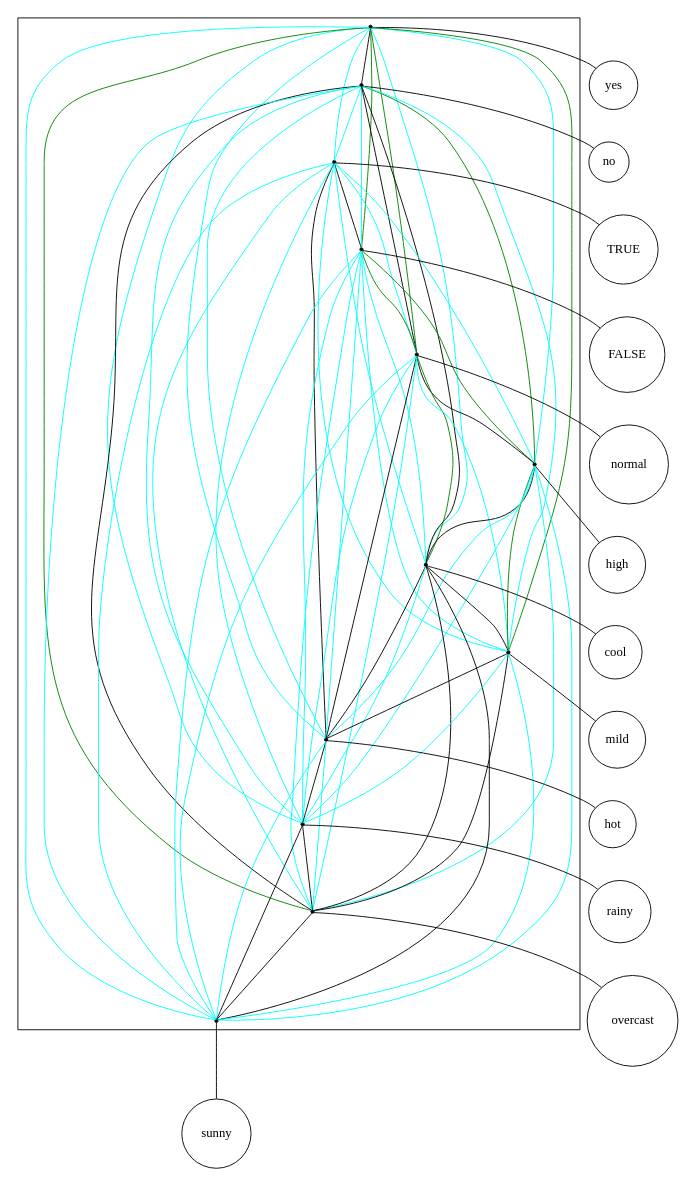
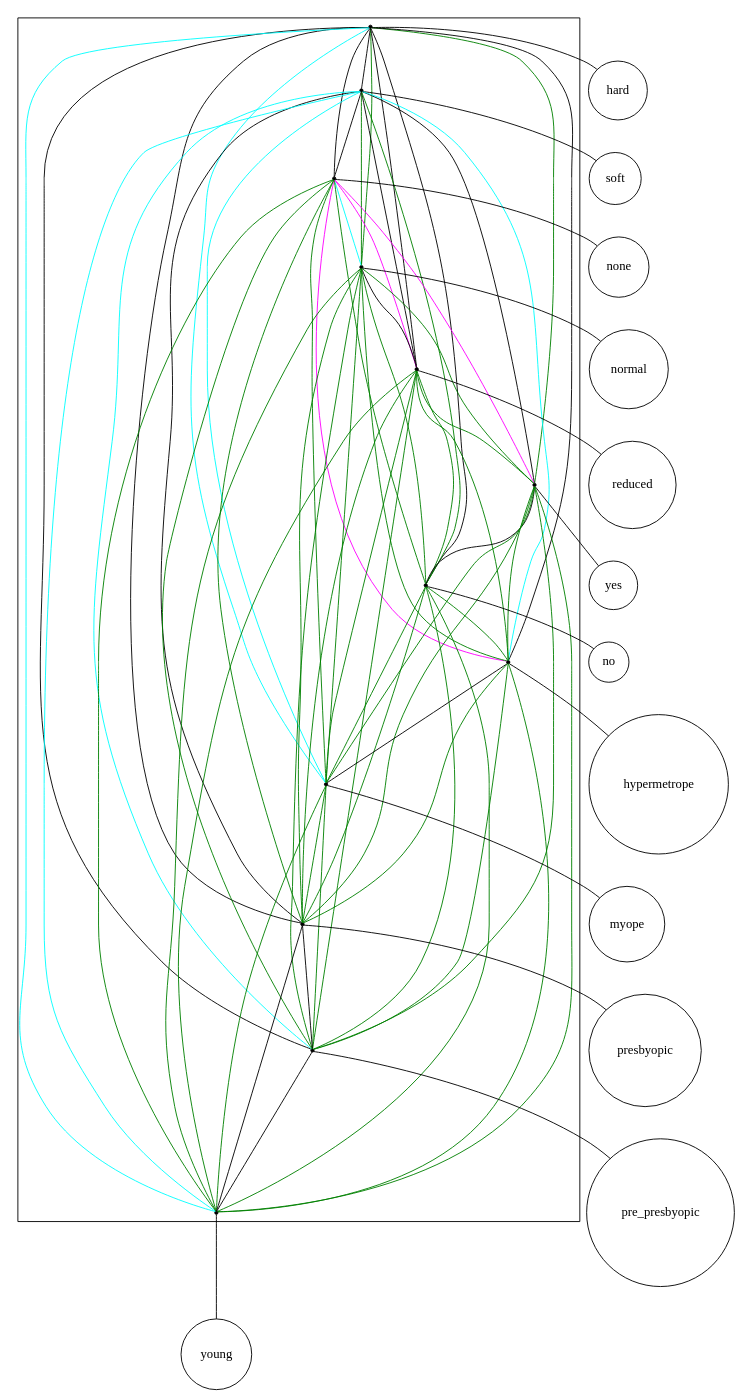
One commit to lrodrin/TFG changed the diagram in src/final/exponential_2-structure.dot. Above: the diagram before and after it, drawn with Graphviz. The commit also changed 25 other files, not shown here.

```diff
--- a/src/final/exponential_2-structure.dot
+++ b/src/final/exponential_2-structure.dot
@@ -1,101 +1,101 @@
 strict digraph "exponential_2-structure" {
 compound=true;
 fontname=Verdana;
 fontsize=12;
 newrank=true;
 node [shape=circle];
+hard;
+soft;
+none;
+normal;
+reduced;
 yes;
 no;
-TRUE;
-FALSE;
-normal;
-high;
-cool;
-mild;
-hot;
-rainy;
-overcast;
-sunny;
-subgraph cluster_rainyyeshotnormalsunnyFALSEovercasthighTRUEmildnocool {
+hypermetrope;
+myope;
+presbyopic;
+pre_presbyopic;
+young;
+subgraph cluster_presbyopicsoftnormalhardnonehypermetropereducedpre_presbyopicyoungyesnomyope {
 node [shape=point];
+s_hard -> s_soft  [color=black, arrowhead=none];
+s_hard -> s_none  [color=black, arrowhead=none];
+s_hard -> s_normal  [color=green, arrowhead=none];
+s_hard -> s_reduced  [color=black, arrowhead=none];
+s_hard -> s_yes  [color=green, arrowhead=none];
+s_hard -> s_no  [color=black, arrowhead=none];
+s_hard -> s_hypermetrope  [color=black, arrowhead=none];
+s_hard -> s_myope  [color=cyan, arrowhead=none];
+s_hard -> s_presbyopic  [color=black, arrowhead=none];
+s_hard -> s_pre_presbyopic  [color=black, arrowhead=none];
+s_hard -> s_young  [color=cyan, arrowhead=none];
+s_soft -> s_none  [color=black, arrowhead=none];
+s_soft -> s_normal  [color=green, arrowhead=none];
+s_soft -> s_reduced  [color=black, arrowhead=none];
+s_soft -> s_yes  [color=black, arrowhead=none];
+s_soft -> s_no  [color=green, arrowhead=none];
+s_soft -> s_hypermetrope  [color=cyan, arrowhead=none];
+s_soft -> s_myope  [color=cyan, arrowhead=none];
+s_soft -> s_presbyopic  [color=black, arrowhead=none];
+s_soft -> s_pre_presbyopic  [color=cyan, arrowhead=none];
+s_soft -> s_young  [color=cyan, arrowhead=none];
+s_none -> s_normal  [color=cyan, arrowhead=none];
+s_none -> s_reduced  [color=magenta, arrowhead=none];
+s_none -> s_yes  [color=magenta, arrowhead=none];
+s_none -> s_no  [color=green, arrowhead=none];
+s_none -> s_hypermetrope  [color=magenta, arrowhead=none];
+s_none -> s_myope  [color=green, arrowhead=none];
+s_none -> s_presbyopic  [color=green, arrowhead=none];
+s_none -> s_pre_presbyopic  [color=green, arrowhead=none];
+s_none -> s_young  [color=green, arrowhead=none];
+s_normal -> s_reduced  [color=black, arrowhead=none];
+s_normal -> s_yes  [color=green, arrowhead=none];
+s_normal -> s_no  [color=green, arrowhead=none];
+s_normal -> s_hypermetrope  [color=green, arrowhead=none];
+s_normal -> s_myope  [color=green, arrowhead=none];
+s_normal -> s_presbyopic  [color=green, arrowhead=none];
+s_normal -> s_pre_presbyopic  [color=green, arrowhead=none];
+s_normal -> s_young  [color=green, arrowhead=none];
+s_reduced -> s_yes  [color=green, arrowhead=none];
+s_reduced -> s_no  [color=green, arrowhead=none];
+s_reduced -> s_hypermetrope  [color=green, arrowhead=none];
+s_reduced -> s_myope  [color=green, arrowhead=none];
+s_reduced -> s_presbyopic  [color=green, arrowhead=none];
+s_reduced -> s_pre_presbyopic  [color=green, arrowhead=none];
+s_reduced -> s_young  [color=green, arrowhead=none];
 s_yes -> s_no  [color=black, arrowhead=none];
-s_yes -> s_TRUE  [color=cyan, arrowhead=none];
-s_yes -> s_FALSE  [color=green, arrowhead=none];
-s_yes -> s_normal  [color=green, arrowhead=none];
-s_yes -> s_high  [color=cyan, arrowhead=none];
-s_yes -> s_cool  [color=cyan, arrowhead=none];
-s_yes -> s_mild  [color=green, arrowhead=none];
-s_yes -> s_hot  [color=cyan, arrowhead=none];
-s_yes -> s_rainy  [color=cyan, arrowhead=none];
-s_yes -> s_overcast  [color=green, arrowhead=none];
-s_yes -> s_sunny  [color=cyan, arrowhead=none];
-s_no -> s_TRUE  [color=cyan, arrowhead=none];
-s_no -> s_FALSE  [color=cyan, arrowhead=none];
-s_no -> s_normal  [color=black, arrowhead=none];
-s_no -> s_high  [color=green, arrowhead=none];
-s_no -> s_cool  [color=black, arrowhead=none];
-s_no -> s_mild  [color=cyan, arrowhead=none];
-s_no -> s_hot  [color=cyan, arrowhead=none];
-s_no -> s_rainy  [color=cyan, arrowhead=none];
-s_no -> s_overcast  [color=black, arrowhead=none];
-s_no -> s_sunny  [color=cyan, arrowhead=none];
-s_TRUE -> s_FALSE  [color=black, arrowhead=none];
-s_TRUE -> s_normal  [color=cyan, arrowhead=none];
-s_TRUE -> s_high  [color=cyan, arrowhead=none];
-s_TRUE -> s_cool  [color=cyan, arrowhead=none];
-s_TRUE -> s_mild  [color=cyan, arrowhead=none];
-s_TRUE -> s_hot  [color=black, arrowhead=none];
-s_TRUE -> s_rainy  [color=cyan, arrowhead=none];
-s_TRUE -> s_overcast  [color=cyan, arrowhead=none];
-s_TRUE -> s_sunny  [color=cyan, arrowhead=none];
-s_FALSE -> s_normal  [color=green, arrowhead=none];
-s_FALSE -> s_high  [color=green, arrowhead=none];
-s_FALSE -> s_cool  [color=cyan, arrowhead=none];
-s_FALSE -> s_mild  [color=cyan, arrowhead=none];
-s_FALSE -> s_hot  [color=cyan, arrowhead=none];
-s_FALSE -> s_rainy  [color=cyan, arrowhead=none];
-s_FALSE -> s_overcast  [color=cyan, arrowhead=none];
-s_FALSE -> s_sunny  [color=cyan, arrowhead=none];
-s_normal -> s_high  [color=black, arrowhead=none];
-s_normal -> s_cool  [color=green, arrowhead=none];
-s_normal -> s_mild  [color=cyan, arrowhead=none];
-s_normal -> s_hot  [color=black, arrowhead=none];
-s_normal -> s_rainy  [color=cyan, arrowhead=none];
-s_normal -> s_overcast  [color=cyan, arrowhead=none];
-s_normal -> s_sunny  [color=cyan, arrowhead=none];
-s_high -> s_cool  [color=black, arrowhead=none];
-s_high -> s_mild  [color=green, arrowhead=none];
-s_high -> s_hot  [color=cyan, arrowhead=none];
-s_high -> s_rainy  [color=cyan, arrowhead=none];
-s_high -> s_overcast  [color=cyan, arrowhead=none];
-s_high -> s_sunny  [color=cyan, arrowhead=none];
-s_cool -> s_mild  [color=black, arrowhead=none];
-s_cool -> s_hot  [color=black, arrowhead=none];
-s_cool -> s_rainy  [color=cyan, arrowhead=none];
-s_cool -> s_overcast  [color=black, arrowhead=none];
-s_cool -> s_sunny  [color=black, arrowhead=none];
-s_mild -> s_hot  [color=black, arrowhead=none];
-s_mild -> s_rainy  [color=cyan, arrowhead=none];
-s_mild -> s_overcast  [color=black, arrowhead=none];
-s_mild -> s_sunny  [color=cyan, arrowhead=none];
-s_hot -> s_rainy  [color=black, arrowhead=none];
-s_hot -> s_overcast  [color=cyan, arrowhead=none];
-s_hot -> s_sunny  [color=cyan, arrowhead=none];
-s_rainy -> s_overcast  [color=black, arrowhead=none];
-s_rainy -> s_sunny  [color=black, arrowhead=none];
-s_overcast -> s_sunny  [color=black, arrowhead=none];
+s_yes -> s_hypermetrope  [color=green, arrowhead=none];
+s_yes -> s_myope  [color=green, arrowhead=none];
+s_yes -> s_presbyopic  [color=green, arrowhead=none];
+s_yes -> s_pre_presbyopic  [color=green, arrowhead=none];
+s_yes -> s_young  [color=green, arrowhead=none];
+s_no -> s_hypermetrope  [color=green, arrowhead=none];
+s_no -> s_myope  [color=green, arrowhead=none];
+s_no -> s_presbyopic  [color=green, arrowhead=none];
+s_no -> s_pre_presbyopic  [color=green, arrowhead=none];
+s_no -> s_young  [color=green, arrowhead=none];
+s_hypermetrope -> s_myope  [color=black, arrowhead=none];
+s_hypermetrope -> s_presbyopic  [color=green, arrowhead=none];
+s_hypermetrope -> s_pre_presbyopic  [color=green, arrowhead=none];
+s_hypermetrope -> s_young  [color=green, arrowhead=none];
+s_myope -> s_presbyopic  [color=green, arrowhead=none];
+s_myope -> s_pre_presbyopic  [color=green, arrowhead=none];
+s_myope -> s_young  [color=green, arrowhead=none];
+s_presbyopic -> s_pre_presbyopic  [color=black, arrowhead=none];
+s_presbyopic -> s_young  [color=black, arrowhead=none];
+s_pre_presbyopic -> s_young  [color=black, arrowhead=none];
 }
 
+s_hard -> hard  [arrowhead=none];
+s_soft -> soft  [arrowhead=none];
+s_none -> none  [arrowhead=none];
+s_normal -> normal  [arrowhead=none];
+s_reduced -> reduced  [arrowhead=none];
 s_yes -> yes  [arrowhead=none];
 s_no -> no  [arrowhead=none];
-s_TRUE -> TRUE  [arrowhead=none];
-s_FALSE -> FALSE  [arrowhead=none];
-s_normal -> normal  [arrowhead=none];
-s_high -> high  [arrowhead=none];
-s_cool -> cool  [arrowhead=none];
-s_mild -> mild  [arrowhead=none];
-s_hot -> hot  [arrowhead=none];
-s_rainy -> rainy  [arrowhead=none];
-s_overcast -> overcast  [arrowhead=none];
-s_sunny -> sunny  [arrowhead=none];
+s_hypermetrope -> hypermetrope  [arrowhead=none];
+s_myope -> myope  [arrowhead=none];
+s_presbyopic -> presbyopic  [arrowhead=none];
+s_pre_presbyopic -> pre_presbyopic  [arrowhead=none];
+s_young -> young  [arrowhead=none];
 }
```
